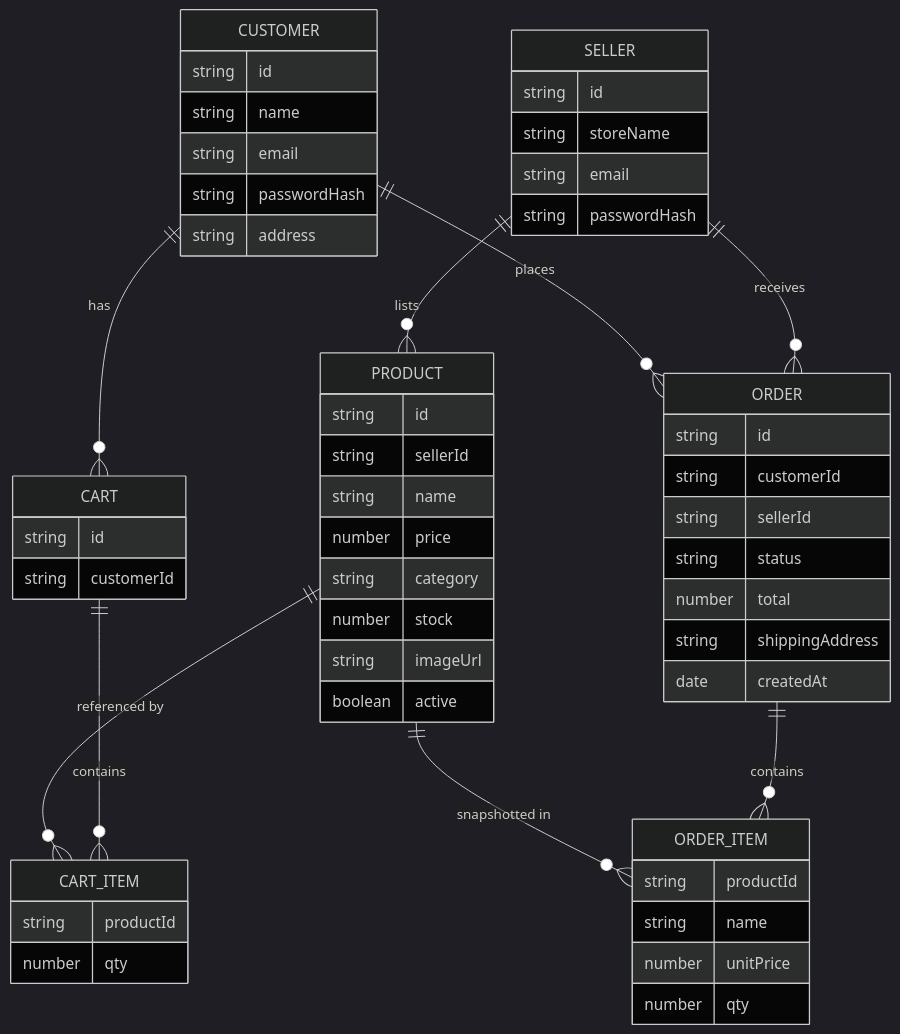
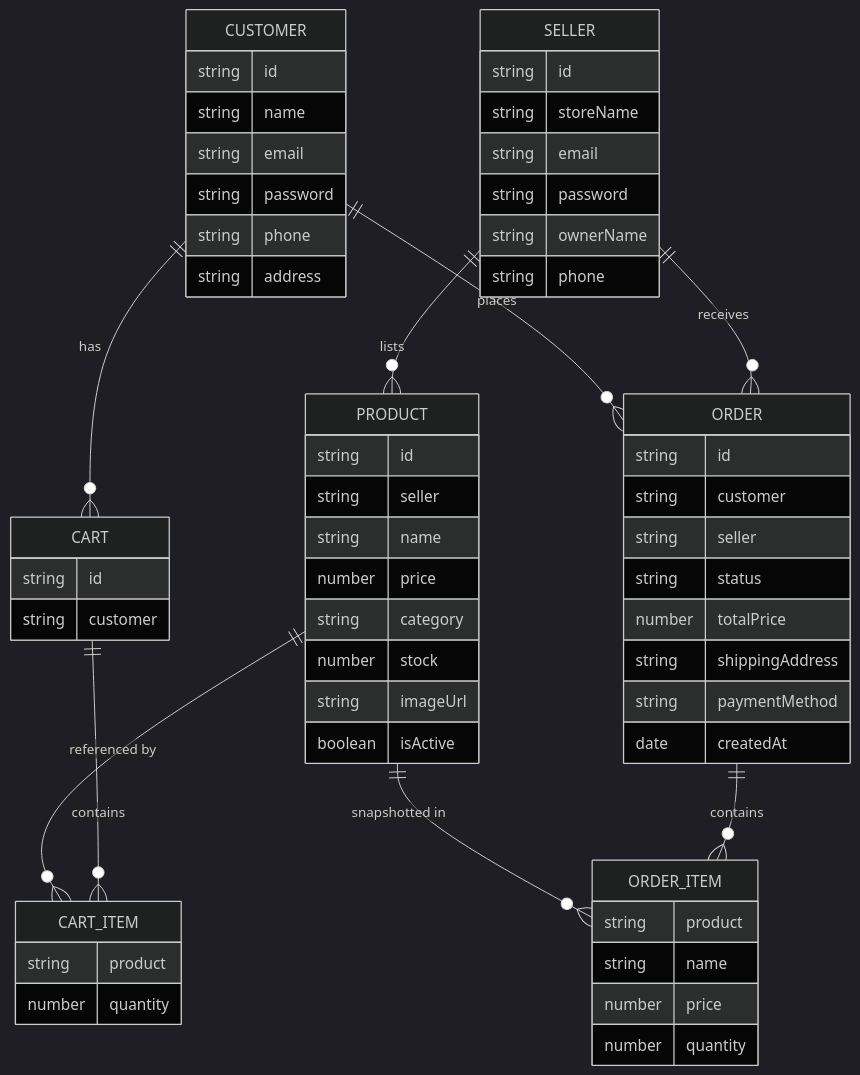
The third of 5 diagrams in docs/technical-requirements.md (andreasarnol02/platform-lab-final-project), drawn with Mermaid (dark theme) before and after one commit. The commit also changed other lines of this file and 92 other files, not shown here.

````diff
--- a/docs/technical-requirements.md
+++ b/docs/technical-requirements.md
@@ -129,58 +115,62 @@
 ```mermaid
 erDiagram
     CUSTOMER ||--o{ CART : has
     CUSTOMER ||--o{ ORDER : places
     SELLER   ||--o{ PRODUCT : lists
     SELLER   ||--o{ ORDER : receives
     PRODUCT  ||--o{ CART_ITEM : "referenced by"
     PRODUCT  ||--o{ ORDER_ITEM : "snapshotted in"
     CART     ||--o{ CART_ITEM : contains
     ORDER    ||--o{ ORDER_ITEM : contains
 
     CUSTOMER {
         string id
         string name
         string email
-        string passwordHash
+        string password
+        string phone
         string address
     }
     SELLER {
         string id
         string storeName
         string email
-        string passwordHash
+        string password
+        string ownerName
+        string phone
     }
     PRODUCT {
         string id
-        string sellerId
+        string seller
         string name
         number price
         string category
         number stock
         string imageUrl
-        boolean active
+        boolean isActive
     }
     CART {
         string id
-        string customerId
+        string customer
     }
     CART_ITEM {
-        string productId
-        number qty
+        string product
+        number quantity
     }
     ORDER {
         string id
-        string customerId
-        string sellerId
+        string customer
+        string seller
         string status
-        number total
+        number totalPrice
         string shippingAddress
+        string paymentMethod
         date createdAt
     }
     ORDER_ITEM {
-        string productId
+        string product
         string name
-        number unitPrice
-        number qty
+        number price
+        number quantity
     }
 ```
````
